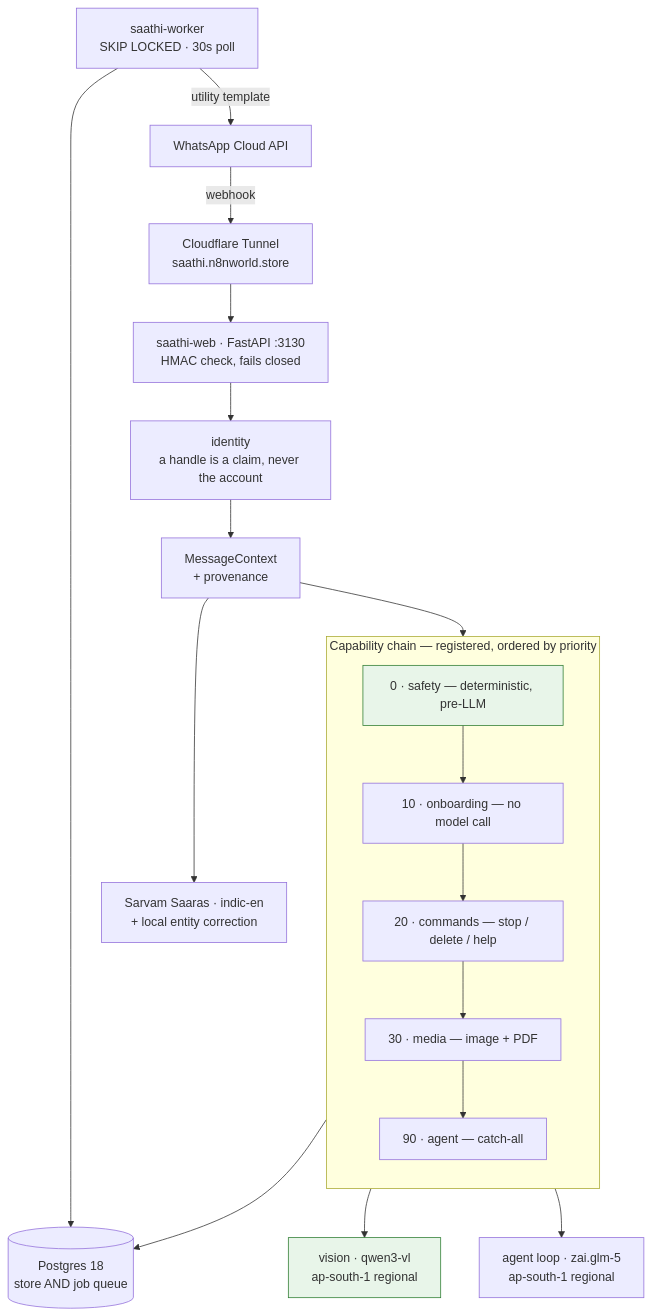
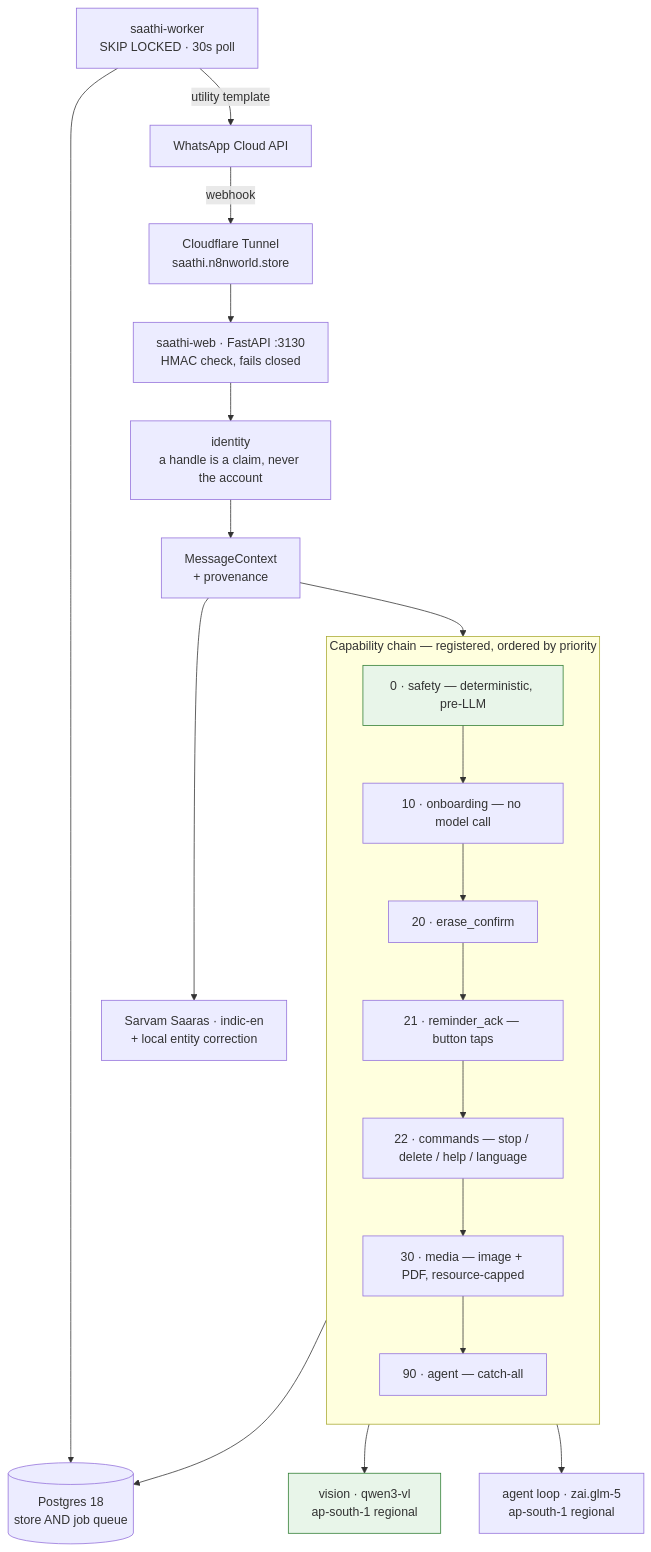
One commit to floating-astronaut/saathi changed the diagram in README.md. Above: the diagram before and after it, drawn with Mermaid. The commit also changed other lines of this file, not shown here.

````diff
--- a/README.md
+++ b/README.md
@@ -68,30 +89,32 @@
 ```mermaid
 flowchart TB
     WA["WhatsApp Cloud API"] -->|webhook| CF["Cloudflare Tunnel<br/>saathi.n8nworld.store"]
     CF --> WEB["saathi-web · FastAPI :3130<br/>HMAC check, fails closed"]
 
     WEB --> ID["identity<br/>a handle is a claim, never the account"]
     ID --> CTX["MessageContext<br/>+ provenance"]
     CTX --> CHAIN
 
     subgraph CHAIN["Capability chain — registered, ordered by priority"]
       direction TB
       S0["0 · safety — deterministic, pre-LLM"]
       S10["10 · onboarding — no model call"]
-      S20["20 · commands — stop / delete / help"]
-      S30["30 · media — image + PDF"]
+      S20["20 · erase_confirm"]
+      S21["21 · reminder_ack — button taps"]
+      S22["22 · commands — stop / delete / help / language"]
+      S30["30 · media — image + PDF, resource-capped"]
       S90["90 · agent — catch-all"]
-      S0 --> S10 --> S20 --> S30 --> S90
+      S0 --> S10 --> S20 --> S21 --> S22 --> S30 --> S90
     end
 
     CTX --> STT["Sarvam Saaras · indic-en<br/>+ local entity correction"]
     S30 --> VIS["vision · qwen3-vl<br/>ap-south-1 regional"]
     S90 --> LLM["agent loop · zai.glm-5<br/>ap-south-1 regional"]
 
     CHAIN --> PG[("Postgres 18<br/>store AND job queue")]
     WORK["saathi-worker<br/>SKIP LOCKED · 30s poll"] --> PG
     WORK -->|utility template| WA
 
     classDef safe fill:#e8f5e9,stroke:#2e7d32
     class S0,VIS safe
 ```
````
